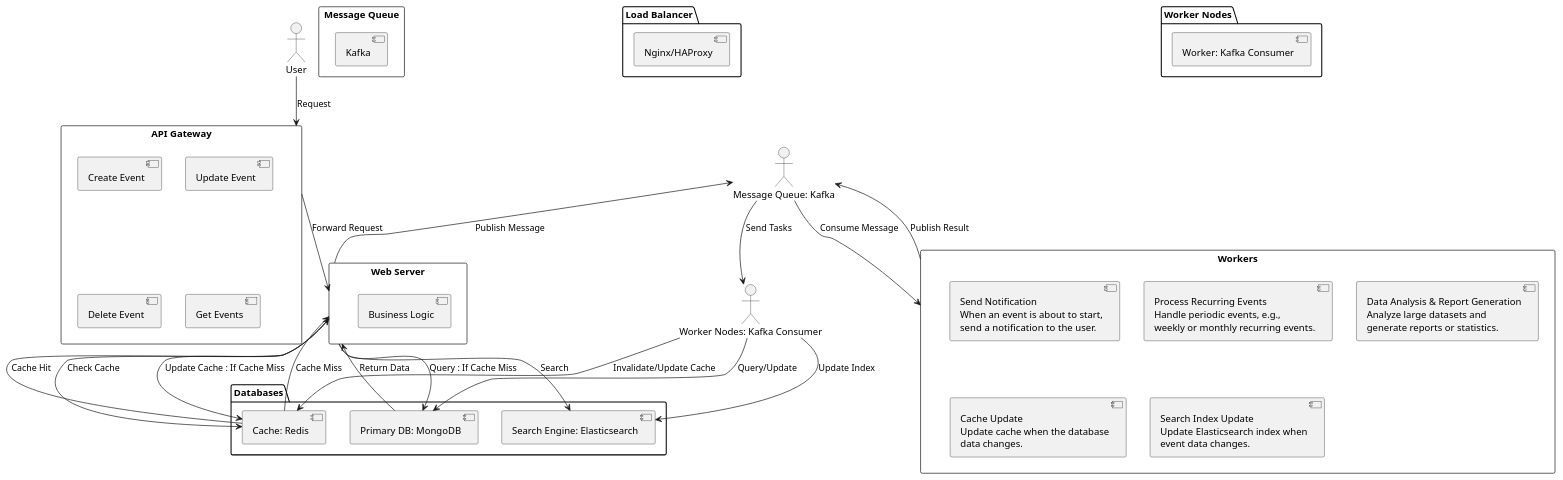
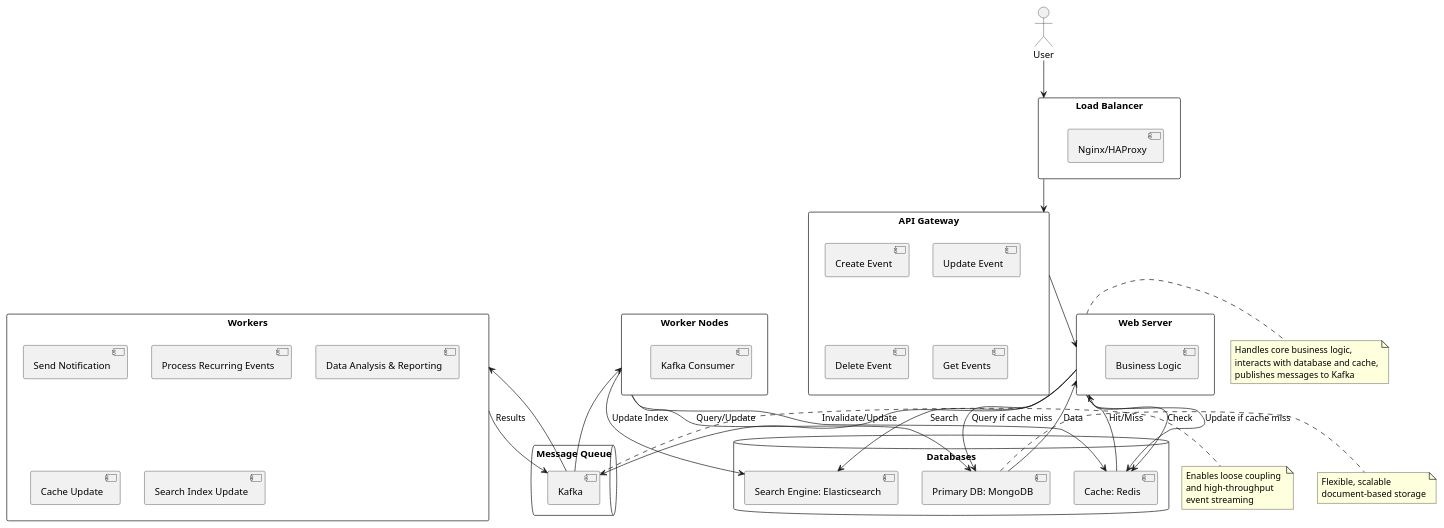
Before and after one commit to huangyingw/system_design: the diagram in high_traffic_calendar/high_traffic_calendar_backend_overview.puml, drawn with PlantUML.

```diff
--- a/high_traffic_calendar/high_traffic_calendar_backend_overview.puml
+++ b/high_traffic_calendar/high_traffic_calendar_backend_overview.puml
@@ -1,65 +1,81 @@
 @startuml
+
 actor User
 
 rectangle "API Gateway" {
   [Create Event]
   [Update Event]
   [Delete Event]
   [Get Events]
 }
 
 rectangle "Web Server" {
   [Business Logic]
 }
 
-rectangle "Message Queue" {
+queue "Message Queue" {
   [Kafka]
 }
 
 rectangle "Workers" {
-  [Send Notification\nWhen an event is about to start,\nsend a notification to the user.]
-  
-  [Process Recurring Events\nHandle periodic events, e.g.,\nweekly or monthly recurring events.]
-  
-  [Data Analysis & Report Generation\nAnalyze large datasets and\ngenerate reports or statistics.]
-  
-  [Cache Update\nUpdate cache when the database\ndata changes.]
-  
-  [Search Index Update\nUpdate Elasticsearch index when\nevent data changes.]
+  [Send Notification]
+  [Process Recurring Events]
+  [Data Analysis & Reporting]
+  [Cache Update]
+  [Search Index Update]
 }
 
-package "Databases" {
+database "Databases" {
   [Primary DB: MongoDB]
   [Cache: Redis]
   [Search Engine: Elasticsearch]
 }
 
-package "Load Balancer" {
+rectangle "Load Balancer" {
   [Nginx/HAProxy]
 }
 
-package "Worker Nodes" {
-  [Worker: Kafka Consumer]
+rectangle "Worker Nodes" {
+  [Kafka Consumer]
 }
 
-User --> "API Gateway": Request
-"API Gateway" --> "Web Server": Forward Request
-"Web Server" --> "Message Queue: Kafka": Publish Message
-"Message Queue: Kafka" --> "Workers": Consume Message
-"Workers" --> "Message Queue: Kafka": Publish Result
+User --> [Load Balancer]
+[Load Balancer] --> "API Gateway"
+"API Gateway" --> "Web Server"
 
-"Web Server" --> "Cache: Redis": Check Cache
-"Cache: Redis" --> "Web Server": Cache Hit
-"Cache: Redis" -> "Web Server": Cache Miss
+"Web Server" --> [Kafka]
+[Kafka] --> "Workers"
+"Workers" --> [Kafka]: Results
 
-"Web Server" --> "Primary DB: MongoDB": Query : If Cache Miss
-"Primary DB: MongoDB" --> "Web Server": Return Data
-"Web Server" --> "Cache: Redis": Update Cache : If Cache Miss
+"Web Server" --> [Cache: Redis]: Check
+[Cache: Redis] --> "Web Server": Hit/Miss
 
-"Web Server" --> "Search Engine: Elasticsearch": Search
-"Message Queue: Kafka" --> "Worker Nodes: Kafka Consumer": Send Tasks
-"Worker Nodes: Kafka Consumer" --> "Primary DB: MongoDB": Query/Update
-"Worker Nodes: Kafka Consumer" --> "Cache: Redis": Invalidate/Update Cache
-"Worker Nodes: Kafka Consumer" --> "Search Engine: Elasticsearch": Update Index
+"Web Server" --> [Primary DB: MongoDB]: Query if cache miss
+[Primary DB: MongoDB] --> "Web Server": Data
+"Web Server" --> [Cache: Redis]: Update if cache miss
+
+"Web Server" --> [Search Engine: Elasticsearch]: Search
+
+[Kafka] --> "Worker Nodes"
+"Worker Nodes" --> [Primary DB: MongoDB]: Query/Update
+"Worker Nodes" --> [Cache: Redis]: Invalidate/Update
+"Worker Nodes" --> [Search Engine: Elasticsearch]: Update Index
+
+note right of "Web Server"
+  Handles core business logic,
+  interacts with database and cache,
+  publishes messages to Kafka
+end note
+
+note right of [Kafka]
+  Enables loose coupling 
+  and high-throughput 
+  event streaming
+end note
+
+note right of [Primary DB: MongoDB]
+  Flexible, scalable
+  document-based storage
+end note
 
 @enduml
```
